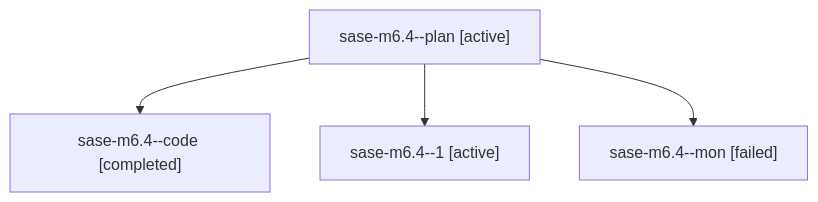
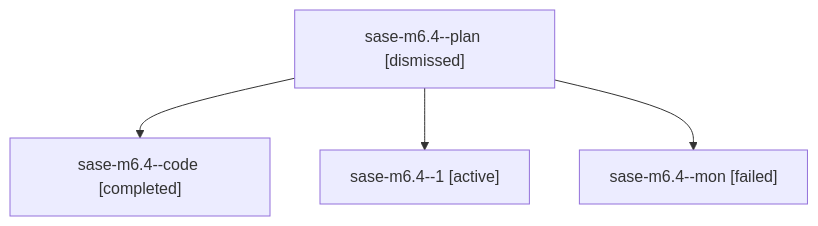
One commit to sase-org/sase--agents changed the diagram in sessions/bbugyi200.athena.sase-m6.4.md. Above: the diagram before and after it, drawn with Mermaid. The commit also changed other lines of this file and 187 other files, not shown here.

````diff
--- a/sessions/bbugyi200.athena.sase-m6.4.md
+++ b/sessions/bbugyi200.athena.sase-m6.4.md
@@ -9,10 +9,10 @@
 ```mermaid
 flowchart TD
-  n0["sase-m6.4--plan [active]"]
+  n0["sase-m6.4--plan [dismissed]"]
   n1["sase-m6.4--code [completed]"]
   n0 --> n1
   n2["sase-m6.4--1 [active]"]
   n0 --> n2
   n3["sase-m6.4--mon [failed]"]
   n0 --> n3
 ```
````
